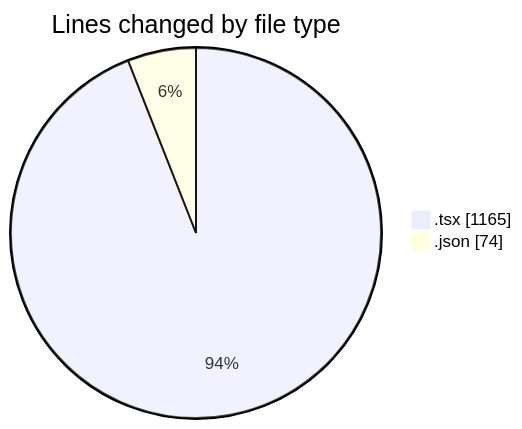
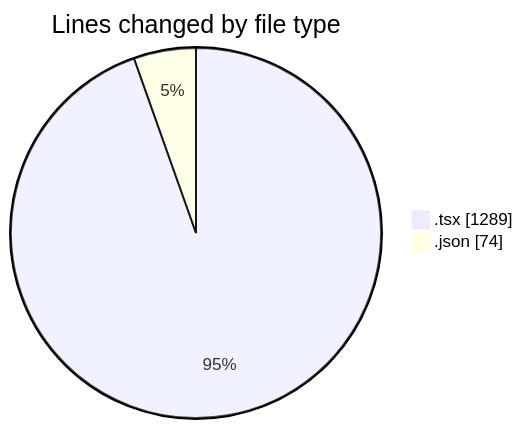
Before and after one commit to momahboobian/code-tracking: the first of 2 diagrams in 2025-04-08/cda/README.md, drawn with Mermaid. The commit also changed other lines of this file and 1 other file, not shown here.

````diff
--- a/2025-04-08/cda/README.md
+++ b/2025-04-08/cda/README.md
@@ -22,6 +22,6 @@
 ```mermaid
 pie showData
 title Lines changed by file type
-".tsx" : 1165
+".tsx" : 1289
 ".json" : 74
 ```
````
